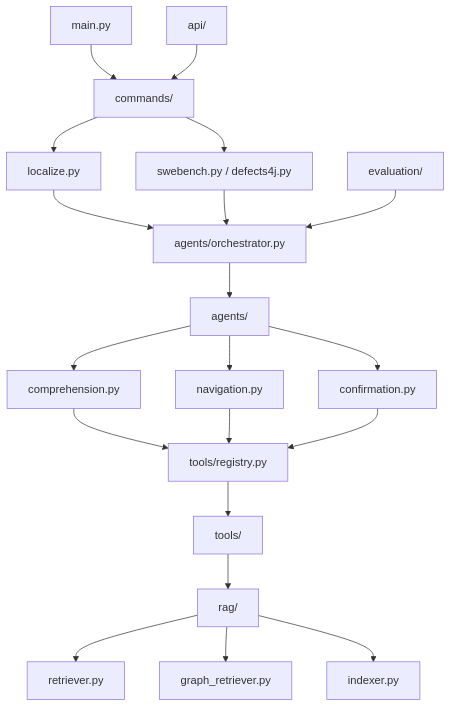
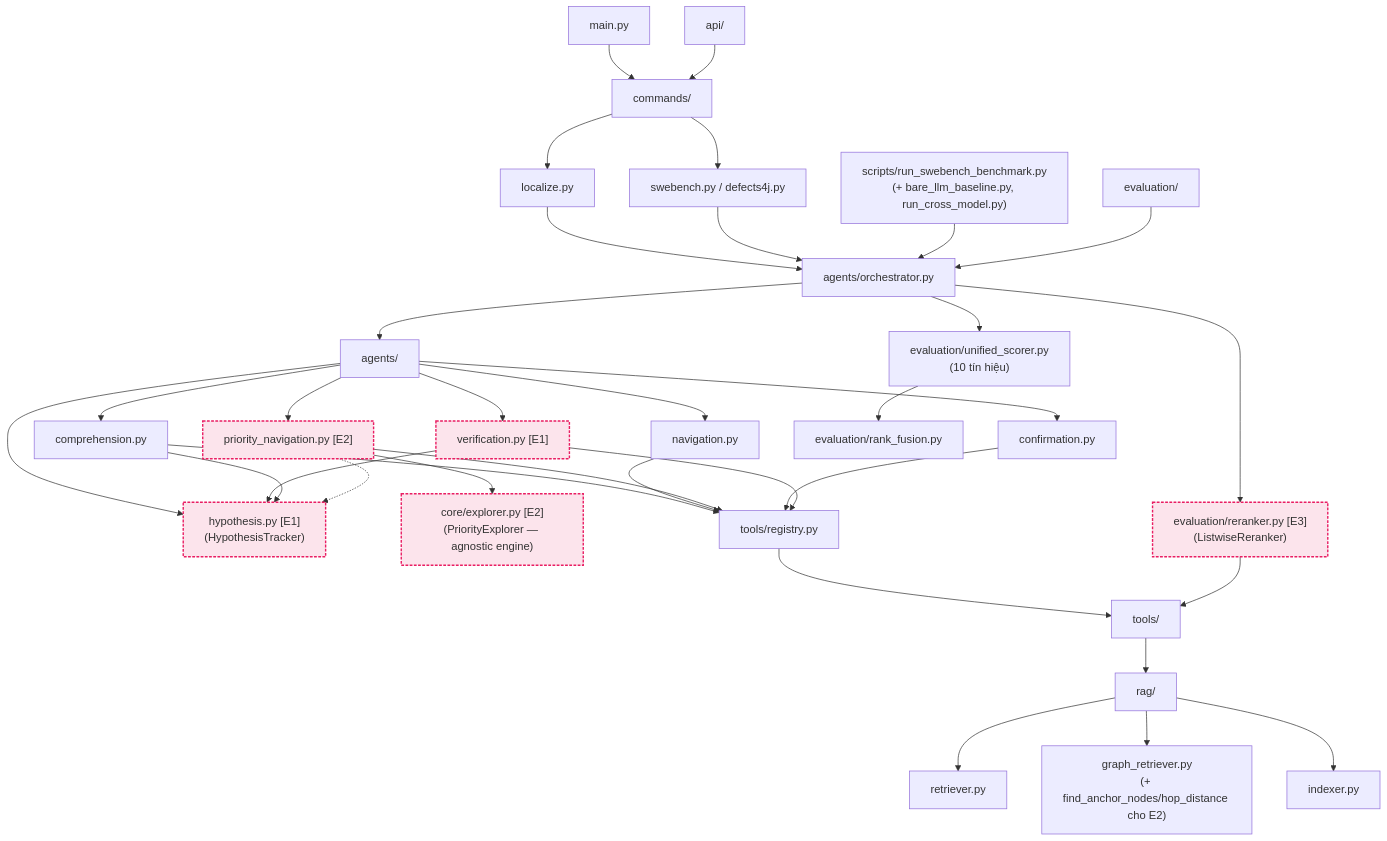
Before and after one commit to trinhvietthanh/bug_localization: the sixth of 6 diagrams in docs/system_architecture_vi.md, drawn with Mermaid. The commit also changed other lines of this file and 2 other files, not shown here.

First line of the commit message:
Cập nhật tài liệu kiến trúc cho vòng E1/E2/E3 + đánh giá code

````diff
--- a/docs/system_architecture_vi.md
+++ b/docs/system_architecture_vi.md
@@ -200,26 +255,43 @@
 ```mermaid
 flowchart TD
     MAIN[main.py] --> CMD[commands/]
-    
+
     CMD --> C_LOC[localize.py]
     CMD --> C_EVAL[swebench.py / defects4j.py]
-    
+
     C_LOC --> ORCH[agents/orchestrator.py]
     C_EVAL --> ORCH
-    
+    SCRIPTS["scripts/run_swebench_benchmark.py\n(+ bare_llm_baseline.py, run_cross_model.py)"] --> ORCH
+
     ORCH --> AGENTS[agents/]
     AGENTS --> A_COMP[comprehension.py]
     AGENTS --> A_NAV[navigation.py]
+    AGENTS --> A_PNAV["priority_navigation.py [E2]"]
     AGENTS --> A_CONF[confirmation.py]
-    
-    A_COMP & A_NAV & A_CONF --> REG[tools/registry.py]
+    AGENTS --> A_VER["verification.py [E1]"]
+    AGENTS --> A_HYP["hypothesis.py [E1]\n(HypothesisTracker)"]
+
+    A_PNAV --> CORE["core/explorer.py [E2]\n(PriorityExplorer — agnostic engine)"]
+    A_VER --> A_HYP
+    A_COMP --> A_HYP
+    A_PNAV -.-> A_HYP
+
+    A_COMP & A_NAV & A_PNAV & A_CONF & A_VER --> REG[tools/registry.py]
     REG --> TOOLS[tools/]
-    
+
     TOOLS --> RAG[rag/]
     RAG --> R_RET[retriever.py]
-    RAG --> R_GRET[graph_retriever.py]
+    RAG --> R_GRET["graph_retriever.py\n(+ find_anchor_nodes/hop_distance cho E2)"]
     RAG --> R_IDX[indexer.py]
-    
+
+    ORCH --> EVAL2["evaluation/unified_scorer.py\n(10 tín hiệu)"]
+    EVAL2 --> RF["evaluation/rank_fusion.py"]
+    ORCH --> RR["evaluation/reranker.py [E3]\n(ListwiseReranker)"]
+    RR --> TOOLS
+
     EVAL[evaluation/] --> ORCH
     API[api/] --> CMD
+
+    classDef ext fill:#fce4ec,stroke:#e91e63,stroke-width:2px,stroke-dasharray: 4 2;
+    class A_PNAV,A_VER,A_HYP,CORE,RR ext;
 ```
````
